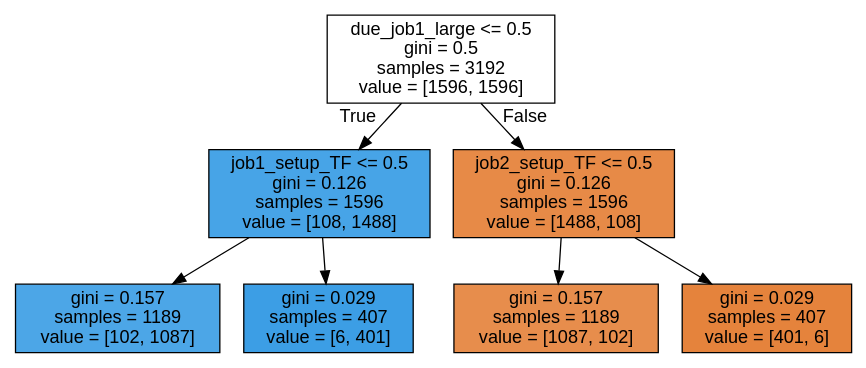
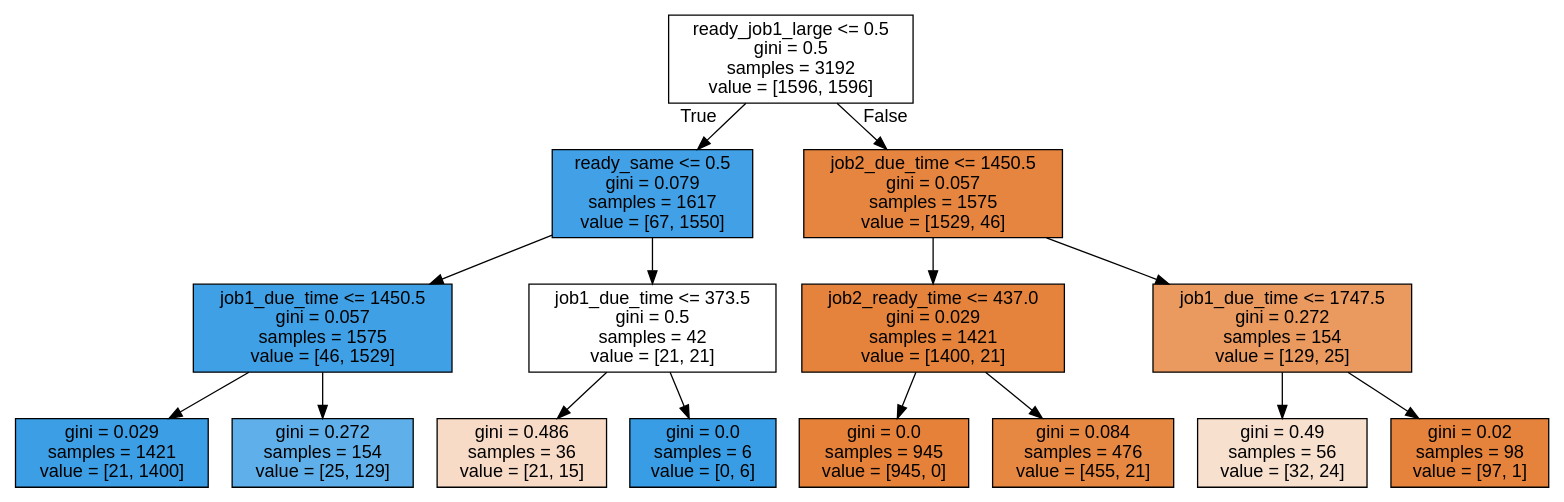
Before and after one commit to dbsxodud-11/l2o: the diagram in mfg_class2/model/DT_model.dot, drawn with Graphviz. The commit also changed 5 other files, not shown here.

```diff
--- a/mfg_class2/model/DT_model.dot
+++ b/mfg_class2/model/DT_model.dot
@@ -1,17 +1,33 @@
 digraph Tree {
 node [shape=box, style="filled", color="black", fontname="helvetica"] ;
 edge [fontname="helvetica"] ;
-0 [label="due_job1_large <= 0.5\ngini = 0.5\nsamples = 3192\nvalue = [1596, 1596]", fillcolor="#ffffff"] ;
-1 [label="job1_setup_TF <= 0.5\ngini = 0.126\nsamples = 1596\nvalue = [108, 1488]", fillcolor="#47a4e7"] ;
+0 [label="ready_job1_large <= 0.5\ngini = 0.5\nsamples = 3192\nvalue = [1596, 1596]", fillcolor="#ffffff"] ;
+1 [label="ready_same <= 0.5\ngini = 0.079\nsamples = 1617\nvalue = [67, 1550]", fillcolor="#42a1e6"] ;
 0 -> 1 [labeldistance=2.5, labelangle=45, headlabel="True"] ;
-2 [label="gini = 0.157\nsamples = 1189\nvalue = [102, 1087]", fillcolor="#4ca6e7"] ;
+2 [label="job1_due_time <= 1450.5\ngini = 0.057\nsamples = 1575\nvalue = [46, 1529]", fillcolor="#3fa0e6"] ;
 1 -> 2 ;
-3 [label="gini = 0.029\nsamples = 407\nvalue = [6, 401]", fillcolor="#3c9ee5"] ;
-1 -> 3 ;
-4 [label="job2_setup_TF <= 0.5\ngini = 0.126\nsamples = 1596\nvalue = [1488, 108]", fillcolor="#e78a47"] ;
-0 -> 4 [labeldistance=2.5, labelangle=-45, headlabel="False"] ;
-5 [label="gini = 0.157\nsamples = 1189\nvalue = [1087, 102]", fillcolor="#e78d4c"] ;
-4 -> 5 ;
-6 [label="gini = 0.029\nsamples = 407\nvalue = [401, 6]", fillcolor="#e5833c"] ;
-4 -> 6 ;
+3 [label="gini = 0.029\nsamples = 1421\nvalue = [21, 1400]", fillcolor="#3c9ee5"] ;
+2 -> 3 ;
+4 [label="gini = 0.272\nsamples = 154\nvalue = [25, 129]", fillcolor="#5fb0ea"] ;
+2 -> 4 ;
+5 [label="job1_due_time <= 373.5\ngini = 0.5\nsamples = 42\nvalue = [21, 21]", fillcolor="#ffffff"] ;
+1 -> 5 ;
+6 [label="gini = 0.486\nsamples = 36\nvalue = [21, 15]", fillcolor="#f8dbc6"] ;
+5 -> 6 ;
+7 [label="gini = 0.0\nsamples = 6\nvalue = [0, 6]", fillcolor="#399de5"] ;
+5 -> 7 ;
+8 [label="job2_due_time <= 1450.5\ngini = 0.057\nsamples = 1575\nvalue = [1529, 46]", fillcolor="#e6853f"] ;
+0 -> 8 [labeldistance=2.5, labelangle=-45, headlabel="False"] ;
+9 [label="job2_ready_time <= 437.0\ngini = 0.029\nsamples = 1421\nvalue = [1400, 21]", fillcolor="#e5833c"] ;
+8 -> 9 ;
+10 [label="gini = 0.0\nsamples = 945\nvalue = [945, 0]", fillcolor="#e58139"] ;
+9 -> 10 ;
+11 [label="gini = 0.084\nsamples = 476\nvalue = [455, 21]", fillcolor="#e68742"] ;
+9 -> 11 ;
+12 [label="job1_due_time <= 1747.5\ngini = 0.272\nsamples = 154\nvalue = [129, 25]", fillcolor="#ea995f"] ;
+8 -> 12 ;
+13 [label="gini = 0.49\nsamples = 56\nvalue = [32, 24]", fillcolor="#f8e0ce"] ;
+12 -> 13 ;
+14 [label="gini = 0.02\nsamples = 98\nvalue = [97, 1]", fillcolor="#e5823b"] ;
+12 -> 14 ;
 }
```
